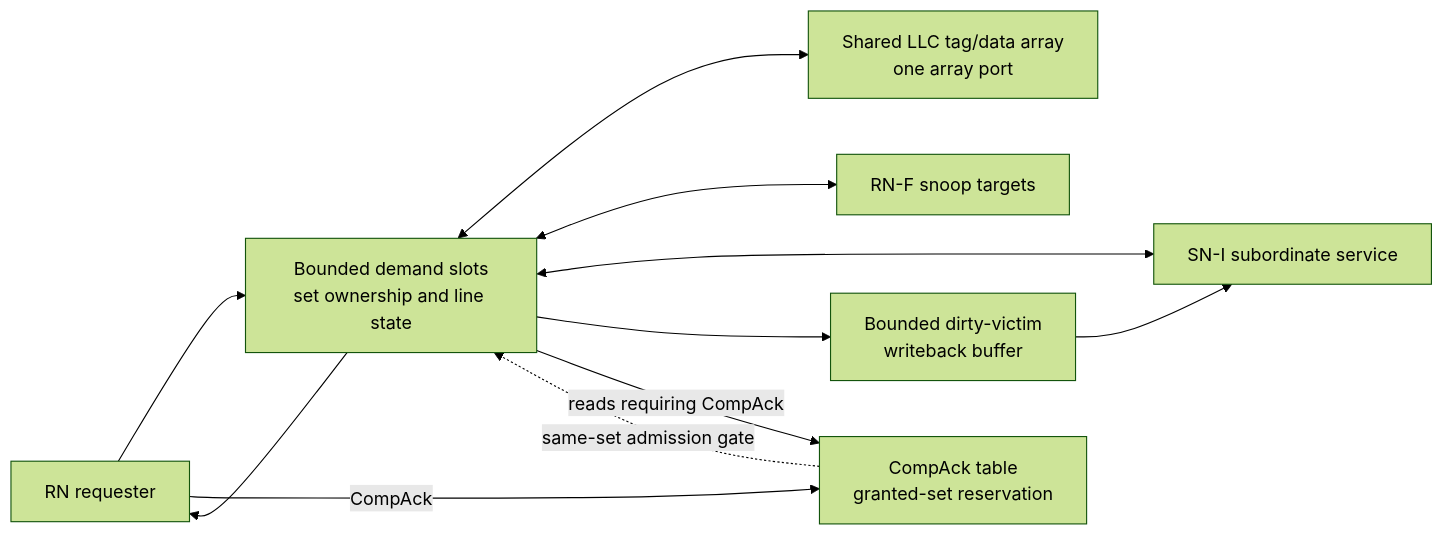
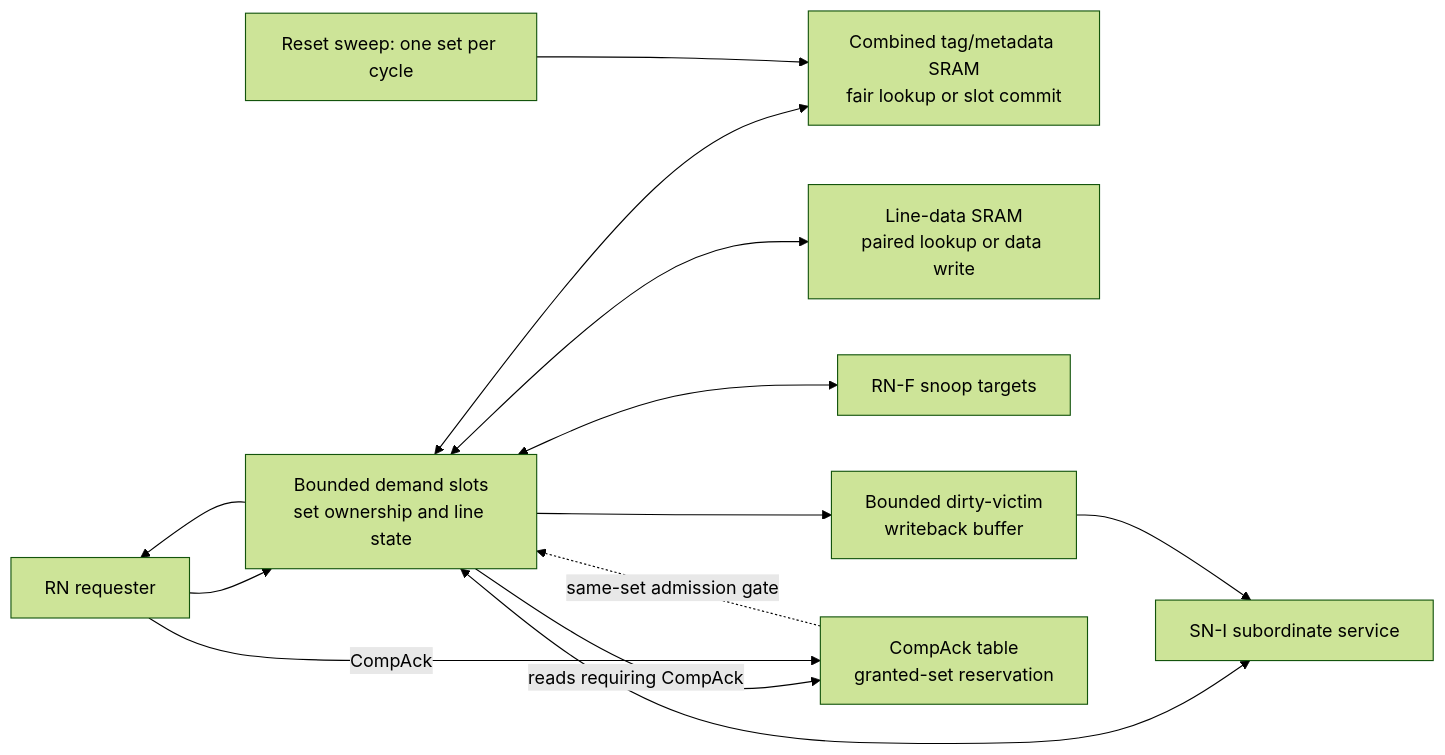
One commit to jerryz123/rhodium changed the diagram in chi/home/README.md. Above: the diagram before and after it, drawn with Mermaid (forest theme). The commit also changed other lines of this file and 12 other files, not shown here.

````diff
--- a/chi/home/README.md
+++ b/chi/home/README.md
@@ -63,13 +64,15 @@
 ```mermaid
 flowchart LR
     RN["RN requester"] --> Slots["Bounded demand slots<br/>set ownership and line state"]
-    Slots <--> LLC["Shared LLC tag/data array<br/>one array port"]
+    Slots <--> Directory["Combined tag/metadata SRAM<br/>fair lookup or slot commit"]
+    Slots <--> Data["Line-data SRAM<br/>paired lookup or data write"]
+    Sweep["Reset sweep: one set per cycle"] --> Directory
     Slots <--> Snoop["RN-F snoop targets"]
     Slots <--> SN["SN-I subordinate service"]
     Slots --> Victim["Bounded dirty-victim<br/>writeback buffer"]
     Victim --> SN
     Slots -->|reads requiring CompAck| Ack["CompAck table<br/>granted-set reservation"]
     RN -->|CompAck| Ack
     Ack -. same-set admission gate .-> Slots
     Slots --> RN
 ```
````
